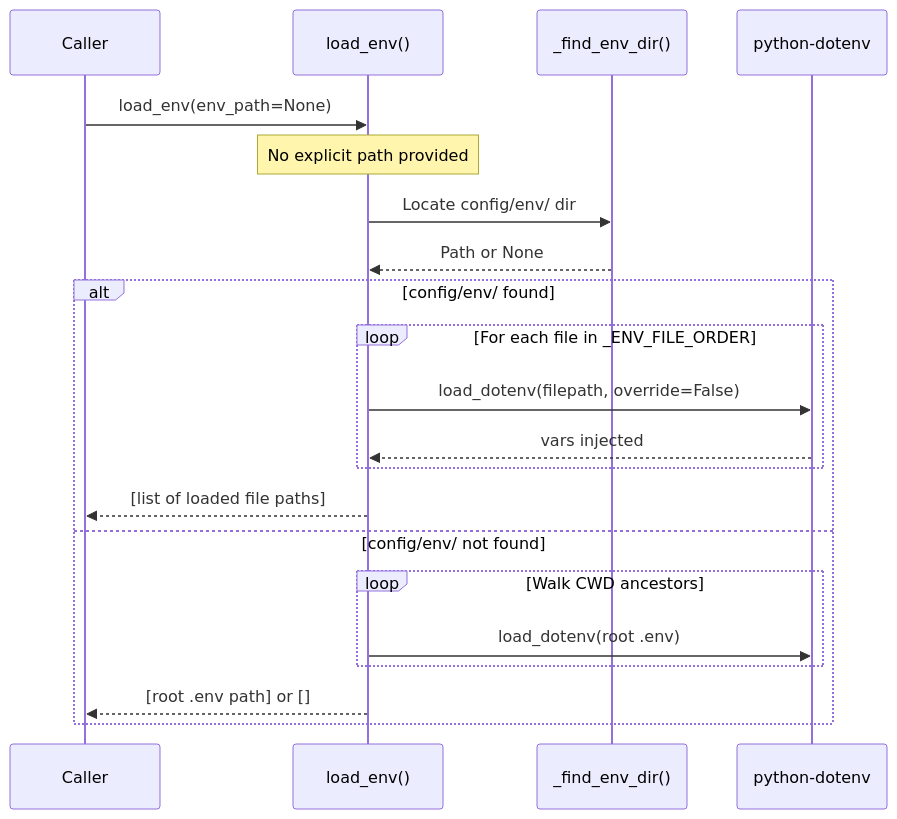
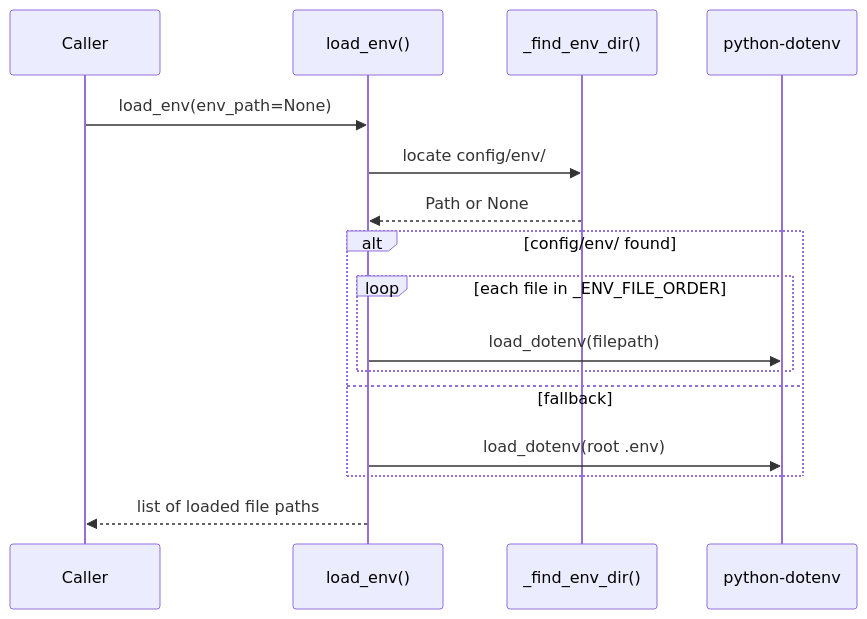
One commit to jmac-cornelis/agent-workforce changed the second of 4 diagrams in docs/config.md. Above: the diagram before and after it, drawn with Mermaid. The commit also changed other lines of this file and 8 other files, not shown here.

````diff
--- a/docs/config.md
+++ b/docs/config.md
@@ -56,24 +47,20 @@
 ```mermaid
 sequenceDiagram
     participant Caller
     participant load_env as load_env()
     participant _find_env_dir as _find_env_dir()
     participant dotenv as python-dotenv
 
     Caller->>load_env: load_env(env_path=None)
-    Note over load_env: No explicit path provided
-    load_env->>_find_env_dir: Locate config/env/ dir
+    load_env->>_find_env_dir: locate config/env/
     _find_env_dir-->>load_env: Path or None
+
     alt config/env/ found
-        loop For each file in _ENV_FILE_ORDER
-            load_env->>dotenv: load_dotenv(filepath, override=False)
-            dotenv-->>load_env: vars injected
+        loop each file in _ENV_FILE_ORDER
+            load_env->>dotenv: load_dotenv(filepath)
         end
-        load_env-->>Caller: [list of loaded file paths]
-    else config/env/ not found
-        loop Walk CWD ancestors
-            load_env->>dotenv: load_dotenv(root .env)
-        end
-        load_env-->>Caller: [root .env path] or []
+    else fallback
+        load_env->>dotenv: load_dotenv(root .env)
     end
+    load_env-->>Caller: list of loaded file paths
 ```
````
